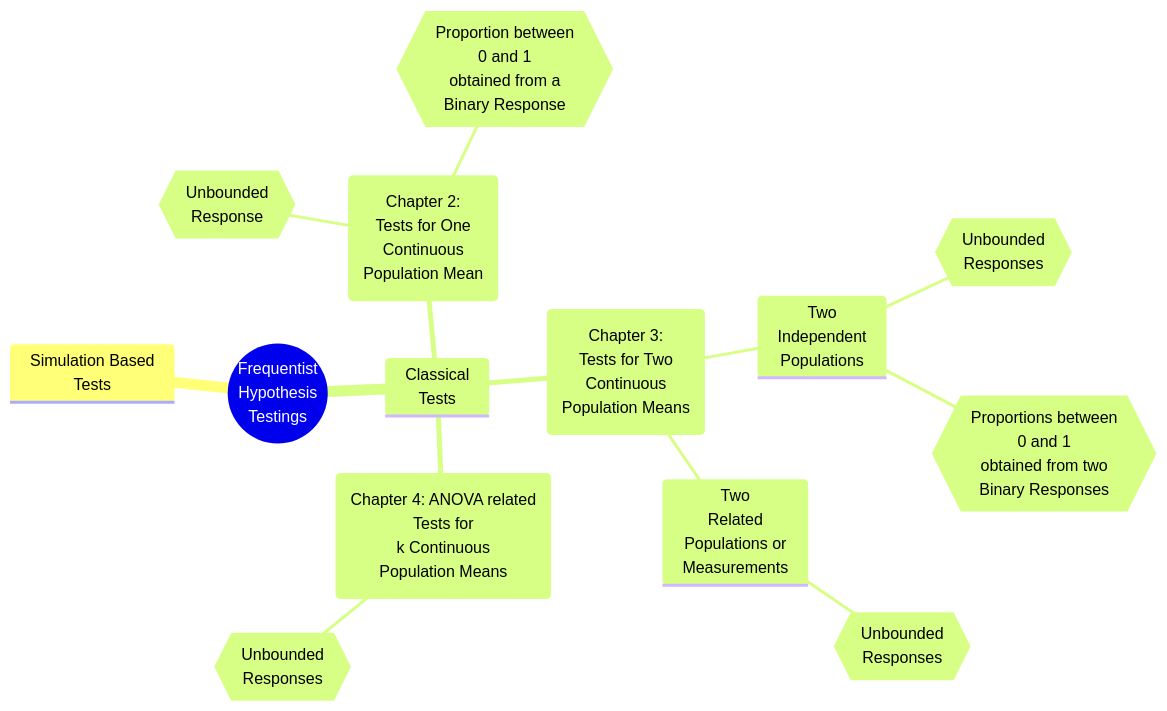
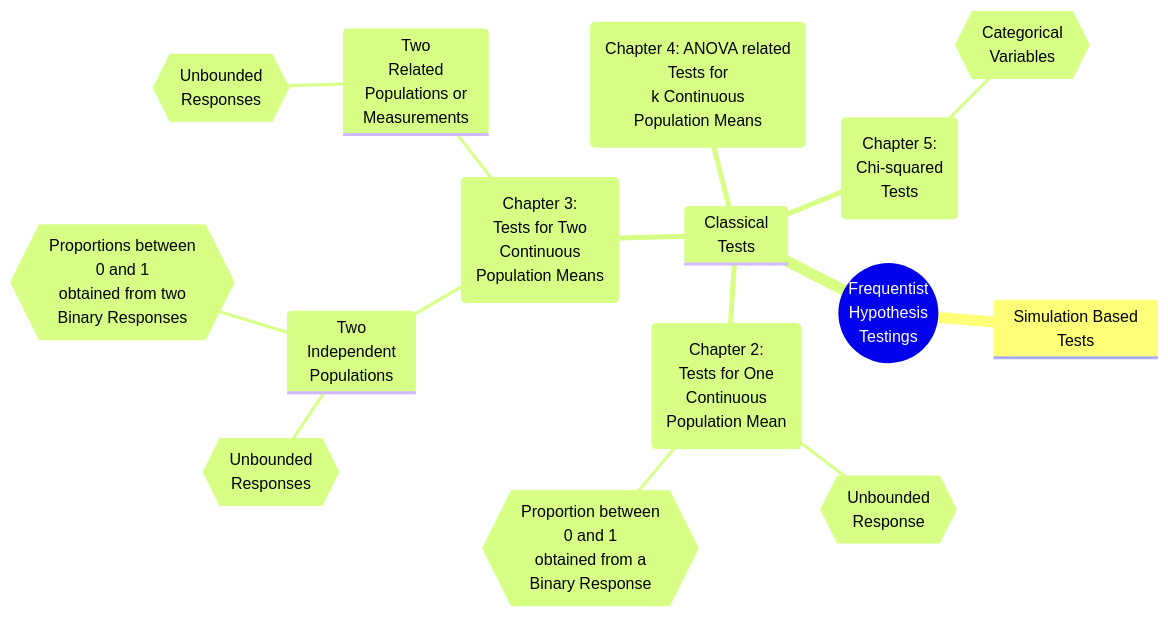
Before and after one commit to pnickchi/test-book: the diagram in book/chapter1-intro.qmd, drawn with Mermaid. The commit also changed other lines of this file and 16 other files, not shown here.

````diff
--- a/book/chapter1-intro.qmd
+++ b/book/chapter1-intro.qmd
@@ -288,20 +288,21 @@
 ```{mermaid}
 mindmap
   root((Frequentist
   Hypothesis 
   Testings
   ))
     Simulation Based<br/>Tests
     Classical<br/>Tests
       (Chapter 2: <br/>Tests for One<br/>Continuous<br/>Population Mean)
         {{Unbounded<br/>Response}}
         {{Proportion between<br/>0 and 1<br/>obtained from a <br/>Binary Response}}
       (Chapter 3: <br/>Tests for Two<br/>Continuous<br/>Population Means)
         Two<br/>Independent<br/>Populations
           {{Unbounded<br/>Responses}}
           {{Proportions between<br/>0 and 1<br/>obtained from two <br/>Binary Responses}}
         Two<br/>Related<br/>Populations or<br/>Measurements
           {{Unbounded<br/>Responses}}
       (Chapter 4: ANOVA related <br/>Tests for<br/>k Continuous<br/>Population Means)
-        {{Unbounded<br/>Responses}}
+      (Chapter 5: <br/>Chi-squared<br/>Tests)
+        {{Categorical<br/>Variables}}
 ```
````
